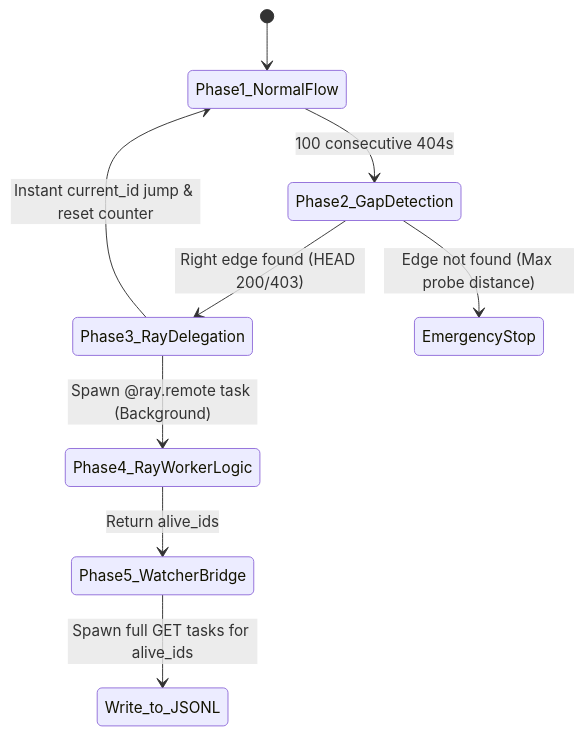
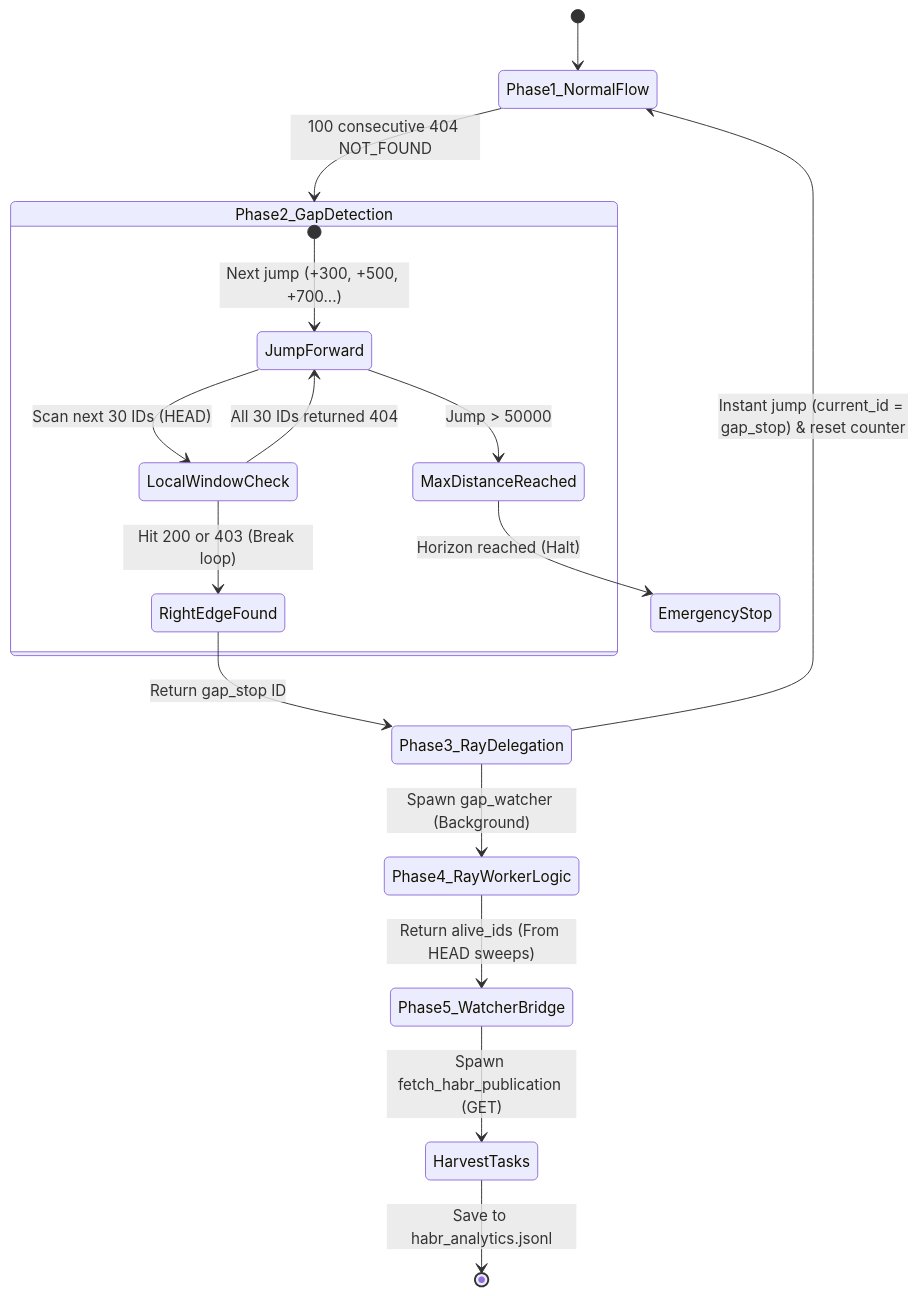
The diagram in README.md (ir0nfelix/haBERT), drawn with Mermaid before and after one commit.

Commit message:
readmi updated

````diff
--- a/README.md
+++ b/README.md
@@ -71,11 +71,25 @@
 ```mermaid
-stateDiagram-v2
+stateDiagram
     [*] --> Phase1_NormalFlow
-    Phase1_NormalFlow --> Phase2_GapDetection: 100 consecutive 404s
-    Phase2_GapDetection --> Phase3_RayDelegation: Right edge found (HEAD 200/403)
-    Phase2_GapDetection --> EmergencyStop: Edge not found (Max probe distance)
-    Phase3_RayDelegation --> Phase1_NormalFlow: Instant current_id jump & reset counter
-    Phase3_RayDelegation --> Phase4_RayWorkerLogic: Spawn @ray.remote task (Background)
-    Phase4_RayWorkerLogic --> Phase5_WatcherBridge: Return alive_ids
-    Phase5_WatcherBridge --> Write_to_JSONL: Spawn full GET tasks for alive_ids
+    
+    Phase1_NormalFlow --> Phase2_GapDetection: 100 consecutive 404 NOT_FOUND
+    
+    state Phase2_GapDetection {
+        [*] --> JumpForward: Next jump (+300, +500, +700...)
+        JumpForward --> MaxDistanceReached: Jump > 50000
+        JumpForward --> LocalWindowCheck: Scan next 30 IDs (HEAD)
+        
+        LocalWindowCheck --> JumpForward: All 30 IDs returned 404
+        LocalWindowCheck --> RightEdgeFound: Hit 200 or 403 (Break loop)
+    }
+    
+    RightEdgeFound --> Phase3_RayDelegation: Return gap_stop ID
+    MaxDistanceReached --> EmergencyStop: Horizon reached (Halt)
+    
+    Phase3_RayDelegation --> Phase1_NormalFlow: Instant jump (current_id = gap_stop) & reset counter
+    Phase3_RayDelegation --> Phase4_RayWorkerLogic: Spawn gap_watcher (Background)
+    
+    Phase4_RayWorkerLogic --> Phase5_WatcherBridge: Return alive_ids (From HEAD sweeps)
+    Phase5_WatcherBridge --> HarvestTasks: Spawn fetch_habr_publication (GET)
+    HarvestTasks --> [*]: Save to habr_analytics.jsonl
 ```
````
